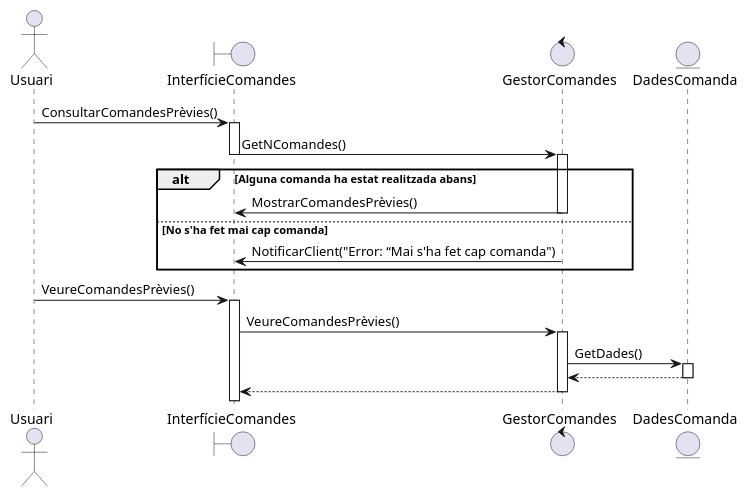
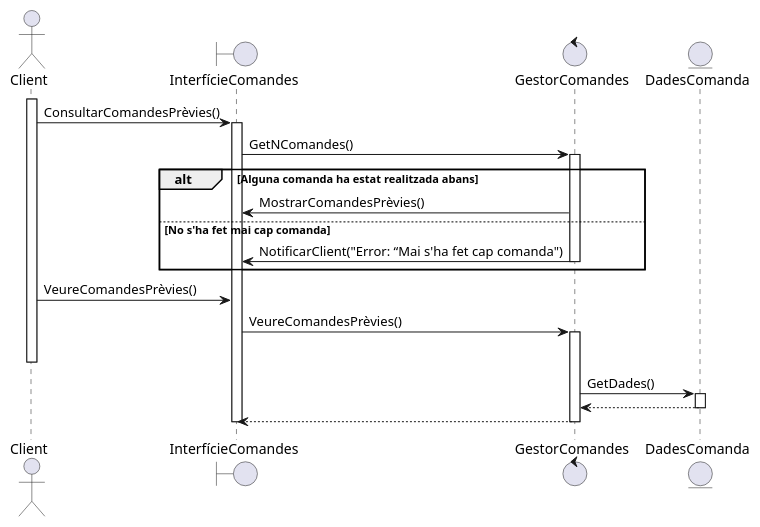
The diagram in documents/Diagrames i Especificacions/Seqüencia/seta/1-Consultar comandes prèvies.puml (martipages/ES23UAB431-02), drawn with PlantUML before and after one commit. The commit also changed 26 other files, not shown here.

```diff
--- a/documents/Diagrames i Especificacions/Seqüencia/seta/1-Consultar comandes prèvies.puml
+++ b/documents/Diagrames i Especificacions/Seqüencia/seta/1-Consultar comandes prèvies.puml
@@ -1,21 +1,24 @@
 @startuml
-actor Usuari
+actor Client
 boundary InterfícieComandes
 control GestorComandes
 entity DadesComanda
 
-Usuari -> InterfícieComandes++: ConsultarComandesPrèvies()
-InterfícieComandes -> GestorComandes--++: GetNComandes()
+Client++
+Client -> InterfícieComandes++: ConsultarComandesPrèvies()
+InterfícieComandes -> GestorComandes++: GetNComandes()
 alt Alguna comanda ha estat realitzada abans
-GestorComandes->InterfícieComandes--: MostrarComandesPrèvies() 
+GestorComandes->InterfícieComandes: MostrarComandesPrèvies() 
 else No s'ha fet mai cap comanda
-GestorComandes->InterfícieComandes: NotificarClient("Error: “Mai s'ha fet cap comanda")
+GestorComandes->InterfícieComandes--: NotificarClient("Error: “Mai s'ha fet cap comanda")
 end
 
-Usuari -> InterfícieComandes ++: VeureComandesPrèvies()
+Client -> InterfícieComandes: VeureComandesPrèvies()
 InterfícieComandes -> GestorComandes ++: VeureComandesPrèvies()
+Client--
 GestorComandes -> DadesComanda ++: GetDades()
 DadesComanda --> GestorComandes --
-GestorComandes --> InterfícieComandes --:
+GestorComandes --> InterfícieComandes--:
+InterfícieComandes--
 
 @enduml
```
